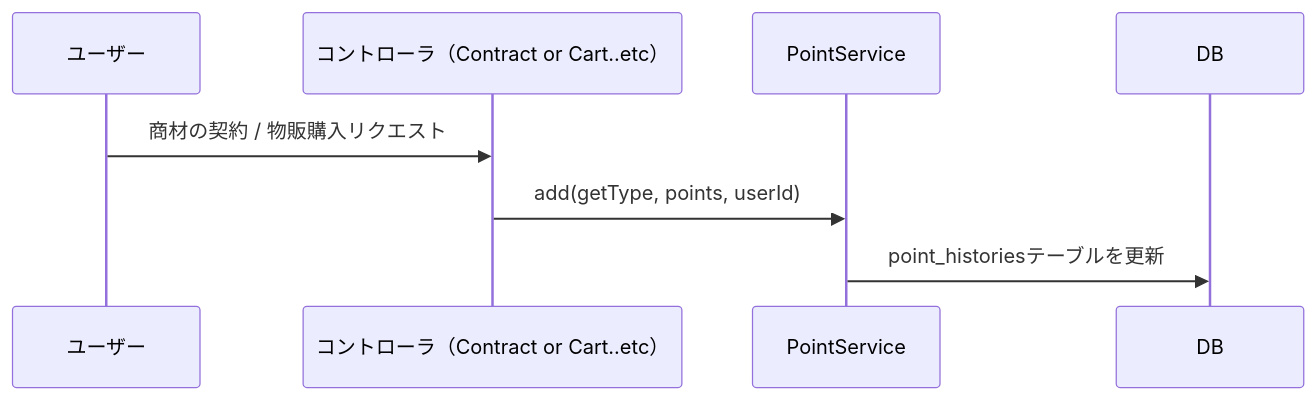
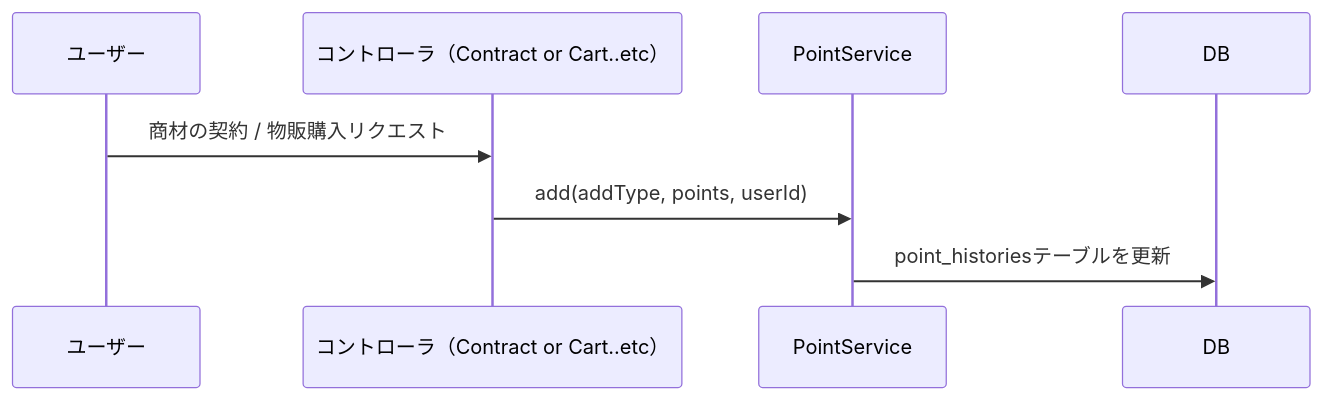
The second of 3 diagrams in README.md (NakamuraShun/test_point), drawn with Mermaid before and after one commit. The commit also changed other lines of this file, not shown here.

````diff
--- a/README.md
+++ b/README.md
@@ -224,6 +224,6 @@
 ```mermaid
 sequenceDiagram
      ユーザー ->> コントローラ（Contract or Cart..etc）: 商材の契約 / 物販購入リクエスト
-     コントローラ（Contract or Cart..etc） ->> PointService : add(getType, points, userId)
+     コントローラ（Contract or Cart..etc） ->> PointService : add(addType, points, userId)
      PointService ->> DB : point_historiesテーブルを更新
 ```
````
